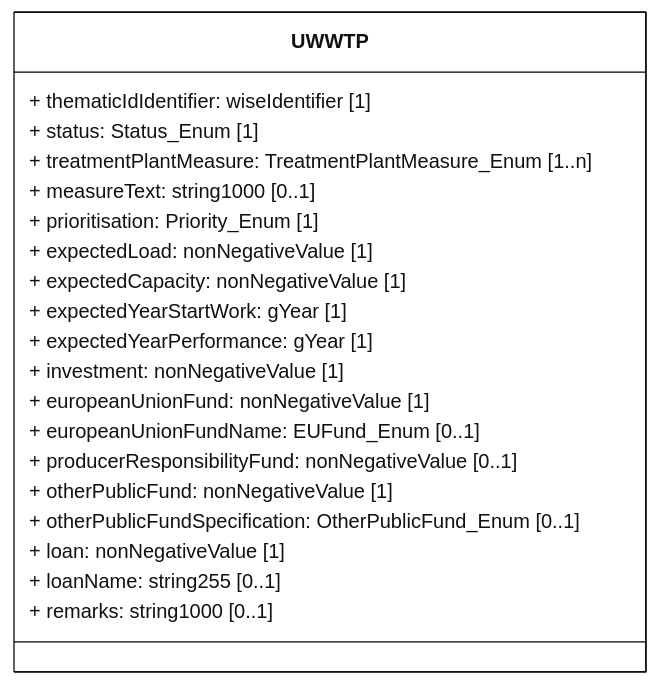
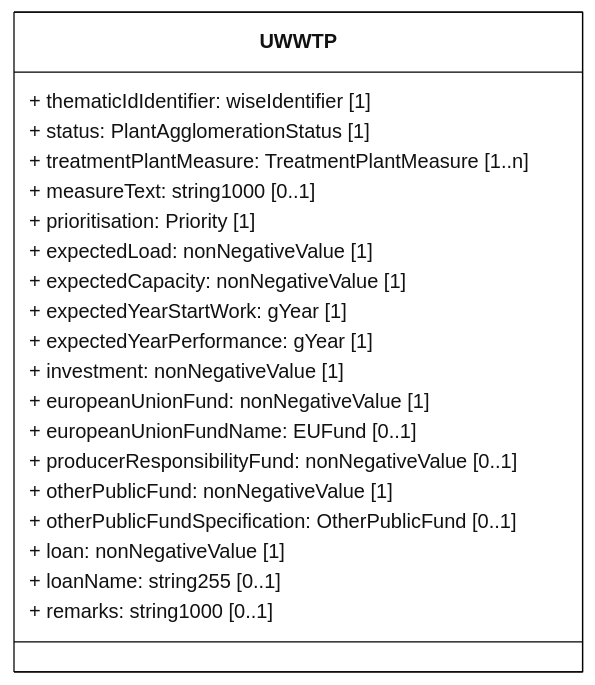
The diagram in docs/rUWWTD2024/Article23/mmd/Article23_UWWTP_ClassDiagram.mmd (eeadata/WISE.UWWTD.Documentation), drawn with Mermaid before and after one commit. The commit also changed 13 other files, not shown here.

```diff
--- a/docs/rUWWTD2024/Article23/mmd/Article23_UWWTP_ClassDiagram.mmd
+++ b/docs/rUWWTD2024/Article23/mmd/Article23_UWWTP_ClassDiagram.mmd
@@ -1,35 +1,35 @@
 ---
 config:
   class:
     hideEmptyMembersBox: true
   layout: dagre
   theme: neutral
 ---
 classDiagram
 direction LR
 
 class UWWTP{
     + thematicIdIdentifier: wiseIdentifier [1]
-    + status: Status_Enum [1]
-    + treatmentPlantMeasure: TreatmentPlantMeasure_Enum [1..n]
+    + status: PlantAgglomerationStatus [1]
+    + treatmentPlantMeasure: TreatmentPlantMeasure [1..n]
     + measureText: string1000 [0..1]
-    + prioritisation: Priority_Enum [1]
+    + prioritisation: Priority [1]
 
     + expectedLoad: nonNegativeValue [1]
     + expectedCapacity: nonNegativeValue [1]
     + expectedYearStartWork: gYear [1]
     + expectedYearPerformance: gYear [1]
 
     + investment: nonNegativeValue [1]
     + europeanUnionFund: nonNegativeValue [1]
-    + europeanUnionFundName: EUFund_Enum [0..1]
+    + europeanUnionFundName: EUFund [0..1]
     + producerResponsibilityFund: nonNegativeValue [0..1]
     + otherPublicFund: nonNegativeValue [1]
-    + otherPublicFundSpecification: OtherPublicFund_Enum [0..1]
+    + otherPublicFundSpecification: OtherPublicFund [0..1]
     + loan: nonNegativeValue [1]
     + loanName: string255 [0..1]
     + remarks: string1000 [0..1]
 }
 
 classDef default fill:white,stroke:#000;
 classDef forFixing fill:white,stroke:#f00;
```
